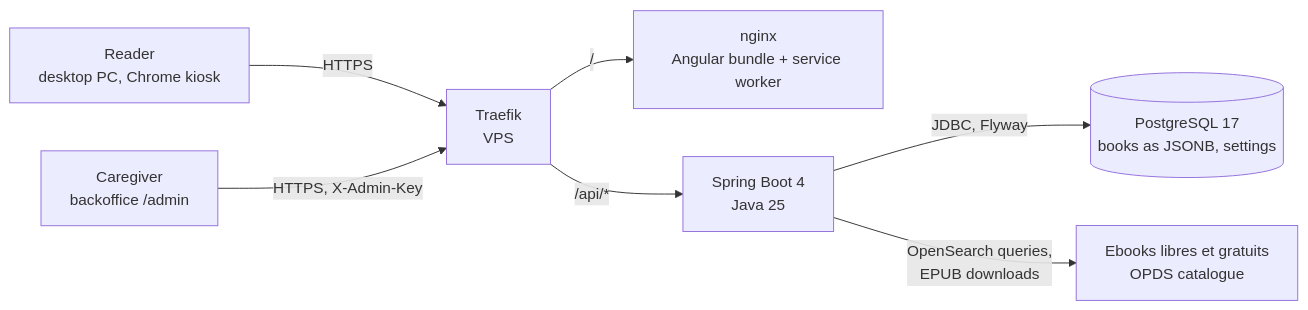
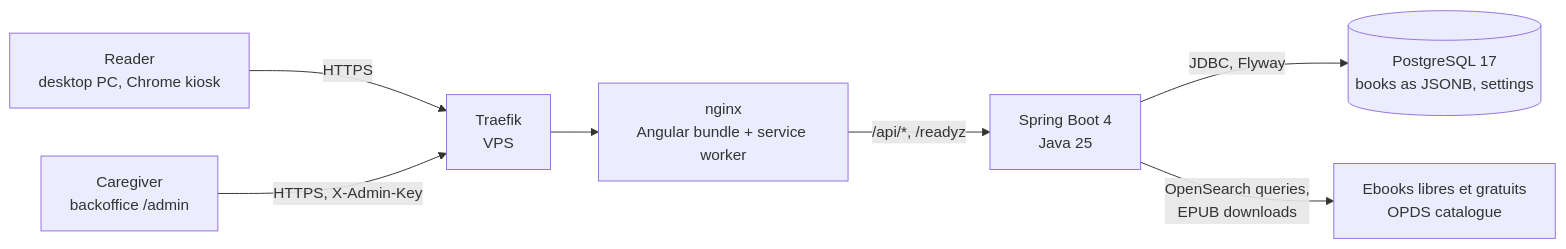
Before and after one commit to ThomasHtn/book-reader: the diagram in README.md, drawn with Mermaid. The commit also changed other lines of this file and 5 other files, not shown here.

````diff
--- a/README.md
+++ b/README.md
@@ -58,9 +58,9 @@
 ```mermaid
 flowchart LR
   reader["Reader<br/>desktop PC, Chrome kiosk"] -- "HTTPS" --> traefik
   caregiver["Caregiver<br/>backoffice /admin"] -- "HTTPS, X-Admin-Key" --> traefik
-  traefik["Traefik<br/>VPS"] -- "/" --> nginx["nginx<br/>Angular bundle + service worker"]
-  traefik -- "/api/*" --> spring["Spring Boot 4<br/>Java 25"]
+  traefik["Traefik<br/>VPS"] --> nginx["nginx<br/>Angular bundle + service worker"]
+  nginx -- "/api/*, /readyz" --> spring["Spring Boot 4<br/>Java 25"]
   spring -- "JDBC, Flyway" --> pg[("PostgreSQL 17<br/>books as JSONB, settings")]
   spring -- "OpenSearch queries,<br/>EPUB downloads" --> opds["Ebooks libres et gratuits<br/>OPDS catalogue"]
 ```
````
